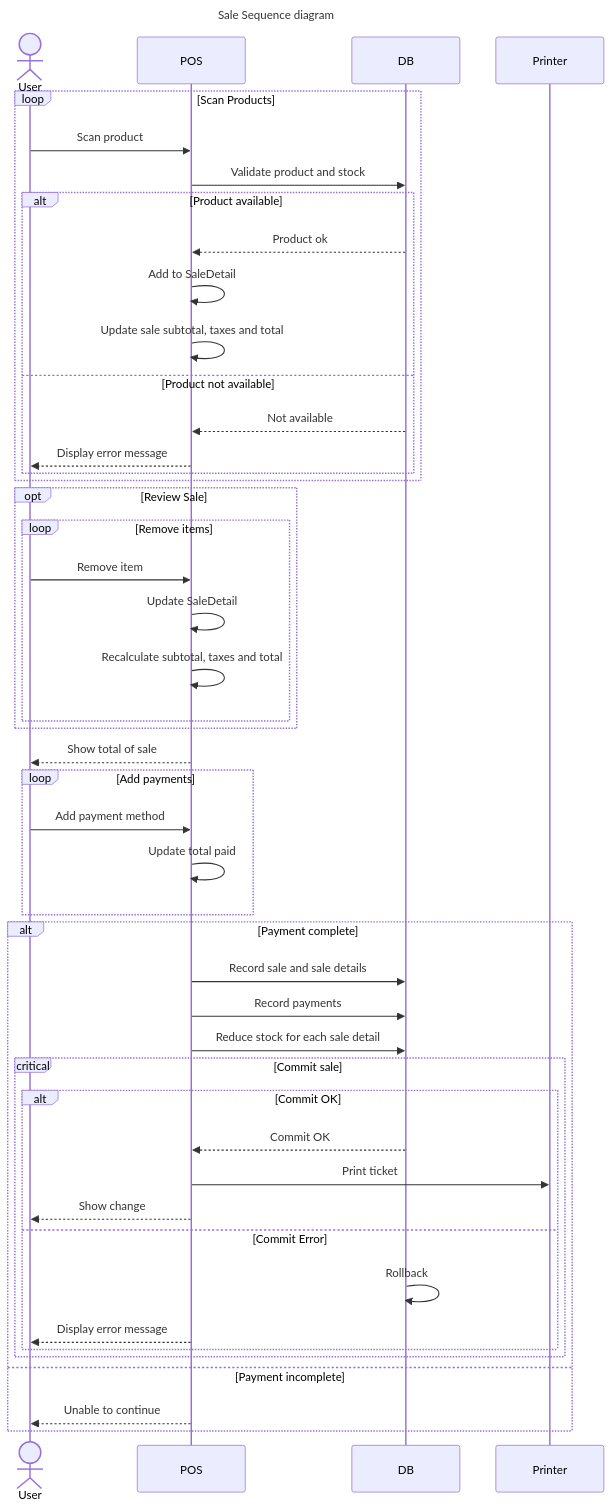
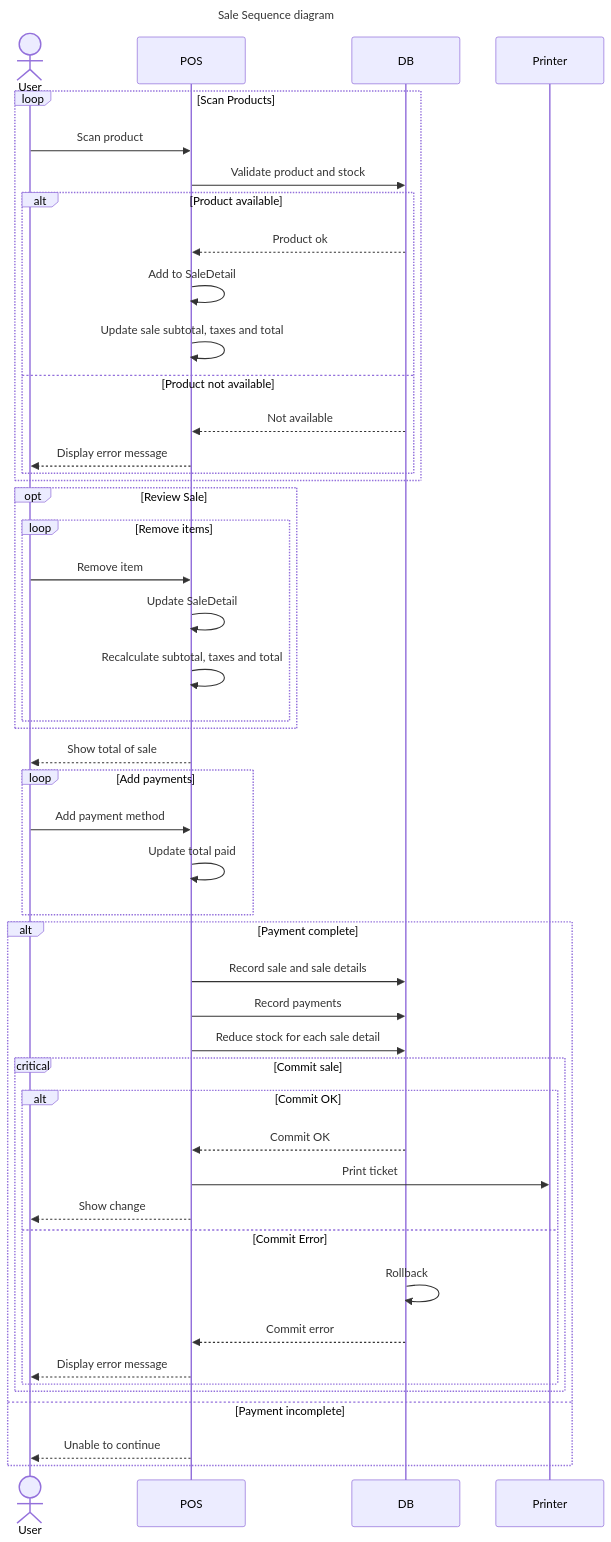
One commit to SoyDavidJoan/Sugar_free_POS changed the third of 6 diagrams in Docs/04_Desing.md. Above: the diagram before and after it, drawn with Mermaid. The commit also changed other lines of this file and 4 other files, not shown here.

Commit message:
Add Cancel sale sequence diagram image and update design document

````diff
--- a/Docs/04_Desing.md
+++ b/Docs/04_Desing.md
@@ -201,58 +201,59 @@
 ```mermaid
 ---
 title: Sale Sequence diagram
 ---
 
 sequenceDiagram
   actor User as User
   participant POS as POS
   participant DB as DB
   participant Printer as Printer
 
   loop Scan Products
     User ->> POS: Scan product
     POS ->> DB: Validate product and stock
     alt Product available
       DB -->> POS: Product ok
       POS ->> POS: Add to SaleDetail
       POS ->> POS: Update sale subtotal, taxes and total
     else Product not available
       DB -->> POS: Not available
       POS -->> User: Display error message
     end
   end
 
   opt Review Sale
     loop Remove items
       User ->> POS: Remove item
       POS ->> POS: Update SaleDetail
       POS ->> POS: Recalculate subtotal, taxes and total
     end
   end
 
   POS -->> User: Show total of sale
   loop Add payments 
     User ->> POS: Add payment method
     POS ->> POS: Update total paid
   end
 
   alt Payment complete
       POS ->> DB: Record sale and sale details
       POS ->> DB: Record payments
       POS ->> DB: Reduce stock for each sale detail
 
       critical Commit sale
         alt Commit OK
             DB -->> POS: Commit OK
             POS ->> Printer: Print ticket
             POS -->> User: Show change
         else Commit Error
             DB ->> DB: Rollback
+            DB -->> POS: Commit error
             POS -->> User: Display error message
         end
 
       end  
   else Payment incomplete
     POS -->> User: Unable to continue
   end
 ```
````
